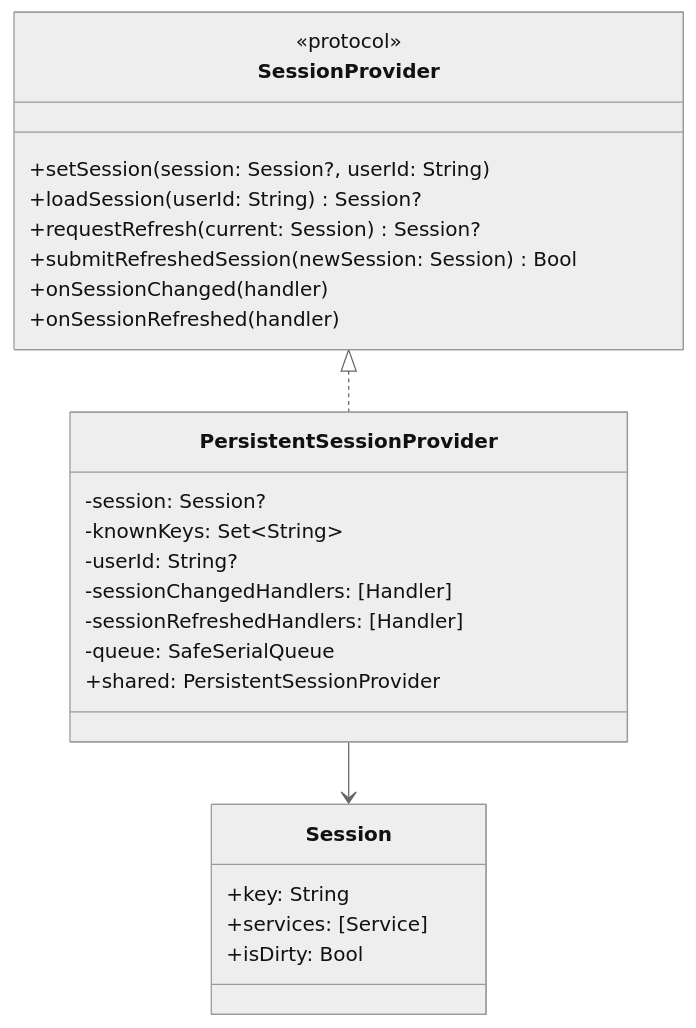
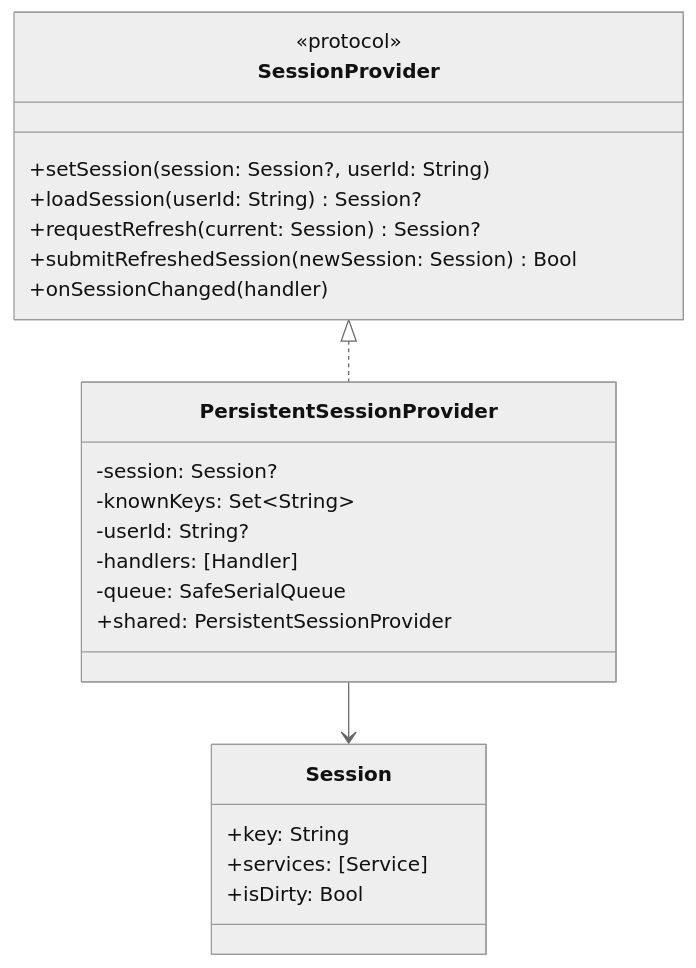
Before and after one commit to sendbird/sendbird-auth-ios: the third of 4 diagrams in documents/SessionProvider_specification.md, drawn with Mermaid (neutral theme). The commit also changed other lines of this file and 4 other files, not shown here.

````diff
--- a/documents/SessionProvider_specification.md
+++ b/documents/SessionProvider_specification.md
@@ -162,31 +149,29 @@
 ```mermaid
 classDiagram
     class SessionProvider {
         <<protocol>>
         +setSession(session: Session?, userId: String)
         +loadSession(userId: String) Session?
         +requestRefresh(current: Session) Session?
         +submitRefreshedSession(newSession: Session) Bool
         +onSessionChanged(handler)
-        +onSessionRefreshed(handler)
     }
 
     class PersistentSessionProvider {
         -session: Session?
         -knownKeys: Set~String~
         -userId: String?
-        -sessionChangedHandlers: [Handler]
-        -sessionRefreshedHandlers: [Handler]
+        -handlers: [Handler]
         -queue: SafeSerialQueue
         +shared: PersistentSessionProvider
     }
 
     class Session {
         +key: String
         +services: [Service]
         +isDirty: Bool
     }
 
     SessionProvider <|.. PersistentSessionProvider
     PersistentSessionProvider --> Session
 ```
````
